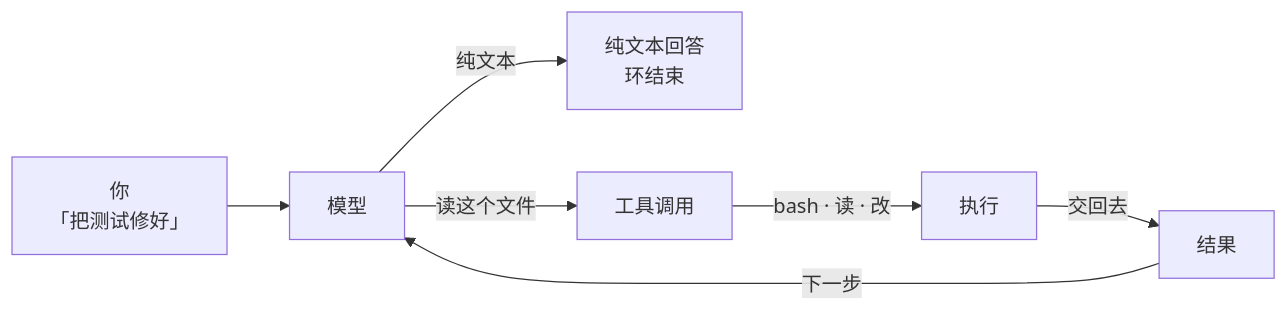
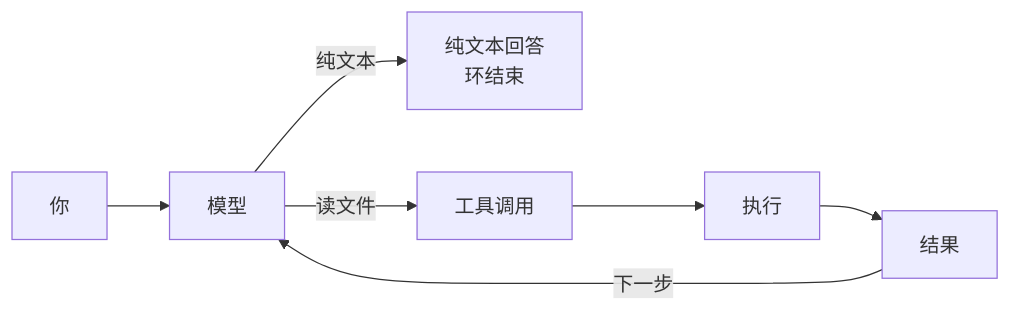
One commit to Trampoline811/ai-engineer-roadmap changed the diagram in 00-我的深度整合专题/运行时选型深度解析/Runtime_Five_Way_Deep_Dive.md. Above: the diagram before and after it, drawn with Mermaid. The commit also changed other lines of this file and 4 other files, not shown here.

````diff
--- a/00-我的深度整合专题/运行时选型深度解析/Runtime_Five_Way_Deep_Dive.md
+++ b/00-我的深度整合专题/运行时选型深度解析/Runtime_Five_Way_Deep_Dive.md
@@ -298,9 +237,9 @@
 ```mermaid
 flowchart LR
-  YOU["你<br/>「把测试修好」"] --> MODEL["模型"]
+  YOU["你"] --> MODEL["模型"]
   MODEL -->|纯文本| ANSWER["纯文本回答<br/>环结束"]
   RESULT["结果"] -->|下一步| MODEL
-  MODEL -->|读这个文件| TOOLCALL["工具调用"]
-  TOOLCALL -->|bash · 读 · 改| RUNIT["执行"]
-  RUNIT -->|交回去| RESULT
+  MODEL -->|读文件| TOOLCALL["工具调用"]
+  TOOLCALL --> RUNIT["执行"]
+  RUNIT --> RESULT
 ```
````
